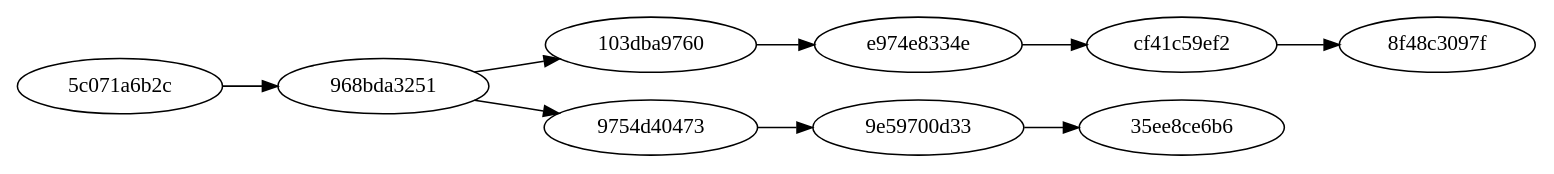
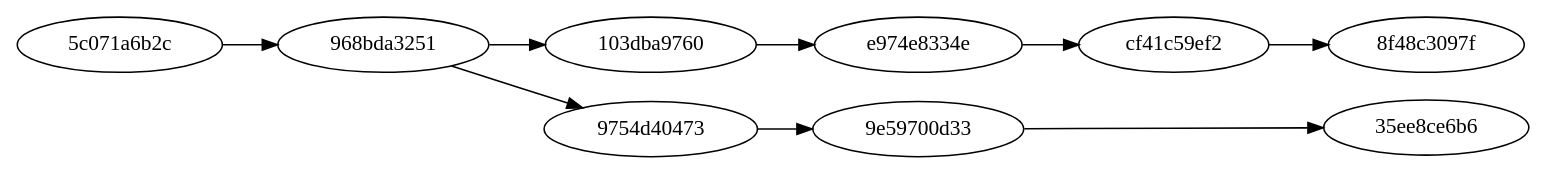
Before and after one commit to blackheaven/git-intro-if: the diagram in diappositives/deplacement/branches.dot, drawn with Graphviz. The commit also changed 23 other files, not shown here.

Commit message:
Renommage et réarrangement des graphes.

```diff
--- a/diappositives/deplacement/branches.dot
+++ b/diappositives/deplacement/branches.dot
@@ -1,6 +1,14 @@
-digraph G
+digraph "Branchement et fusion"
 {
     rankdir=LR;
-    "5c071a6b2c" -> "968bda3251"                                                 -> "103dba9760" -> "e974e8334e" -> "cf41c59ef2"                 -> "8f48c3097f";
-                    "968bda3251" -> "9754d40473" -> "9e59700d33"                                                                 -> "35ee8ce6b6"                ;
+    subgraph master
+    {
+        "5c071a6b2c" -> "968bda3251" -> "103dba9760" -> "e974e8334e" -> "cf41c59ef2" -> "8f48c3097f";
+    }
+    subgraph branch
+    {
+        "968bda3251" -> "9754d40473" [weight=0];
+        "9e59700d33" -> "35ee8ce6b6" [weight=0];
+        "9754d40473" -> "9e59700d33";
+    }
 }
```
